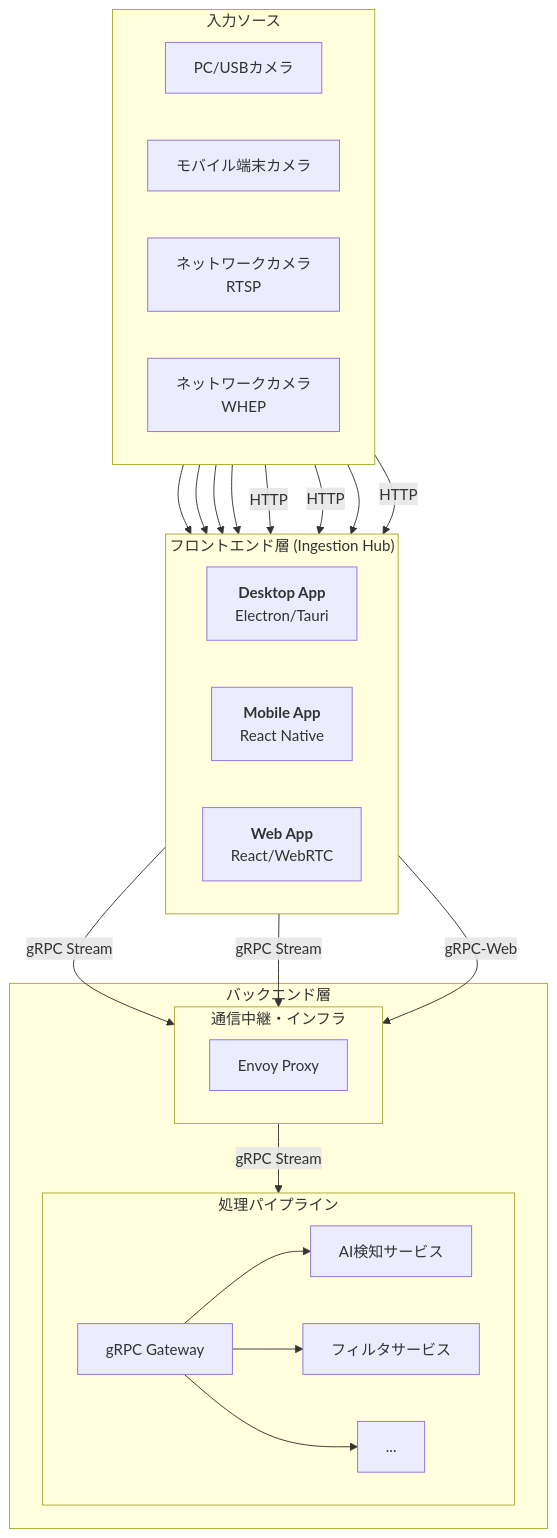
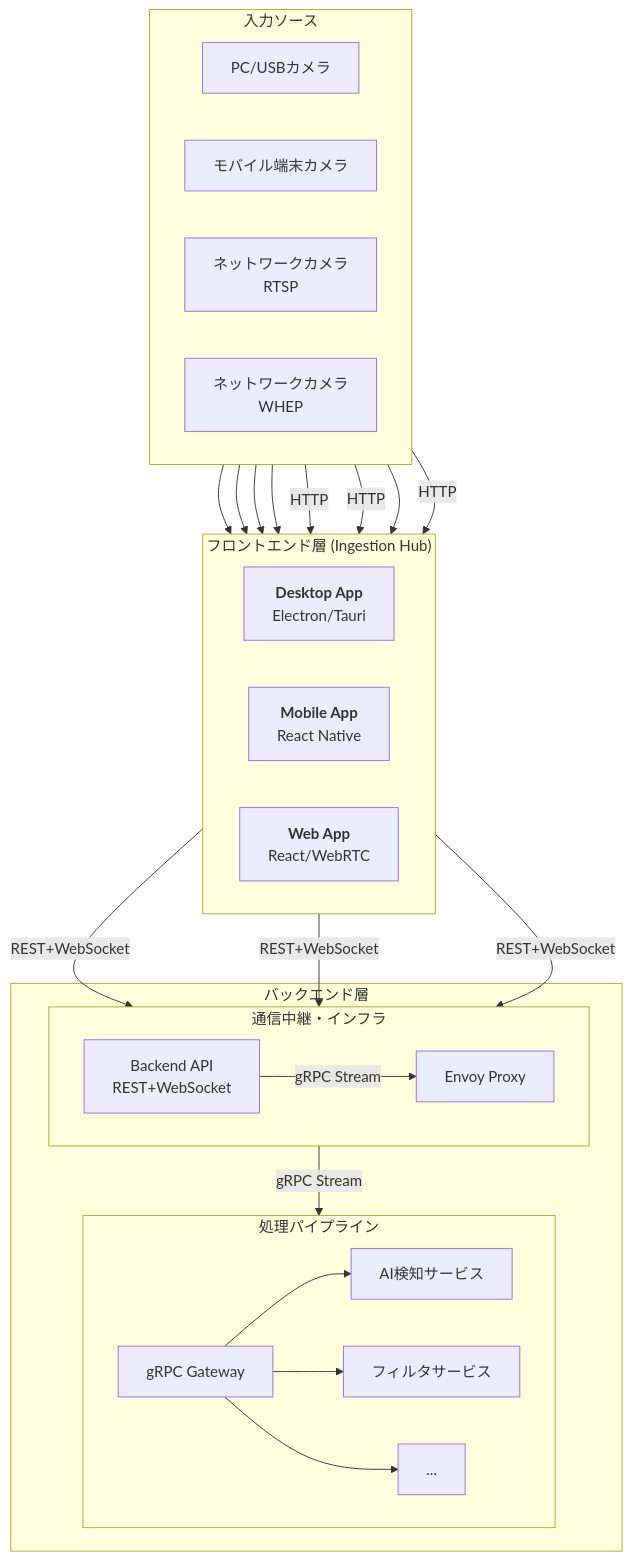
The diagram in docs/0300_設計_アプローチ1/0310_リアルタイム処理設計.md (daichiTAAA/ImageFlowCanvas), drawn with Mermaid before and after one commit. The commit also changed other lines of this file and 2 other files, not shown here.

Commit message:
Implement unified communication architecture across all design documents

````diff
--- a/docs/0300_設計_アプローチ1/0310_リアルタイム処理設計.md
+++ b/docs/0300_設計_アプローチ1/0310_リアルタイム処理設計.md
@@ -17,46 +17,48 @@
 ```mermaid
 flowchart TD
     subgraph "入力ソース"  
         direction LR  
         LocalCam[PC/USBカメラ]  
         MobileCam[モバイル端末カメラ]  
         RTSPCam[ネットワークカメラ<br/>RTSP]  
         WHEPCam[ネットワークカメラ<br/>WHEP]  
     end
 
     subgraph "フロントエンド層 (Ingestion Hub)"  
         direction LR  
         DesktopApp[<b>Desktop App</b><br/>Electron/Tauri]  
         MobileApp[<b>Mobile App</b><br/>React Native]  
         WebApp[<b>Web App</b><br/>React/WebRTC]  
     end
 
     subgraph "バックエンド層"  
         subgraph "通信中継・インフラ"  
             direction LR  
+            Backend[Backend API<br/>REST+WebSocket]
             Envoy[Envoy Proxy]  
         end  
         subgraph "処理パイプライン"  
             direction LR  
             gRPCGateway[gRPC Gateway]  
             AIService[AI検知サービス]  
             FilterService[フィルタサービス]  
             etc[...]  
         end  
     end
 
     %% Flows  
     LocalCam --> DesktopApp  
     MobileCam --> MobileApp  
     RTSPCam --> DesktopApp & MobileApp  
     WHEPCam -->|HTTP| DesktopApp & MobileApp  
     LocalCam --> WebApp  
     WHEPCam -->|HTTP| WebApp
 
-    DesktopApp -->|gRPC Stream| Envoy  
-    MobileApp -->|gRPC Stream| Envoy  
-    WebApp -->|gRPC-Web| Envoy  
+    DesktopApp -->|REST+WebSocket| Backend  
+    MobileApp -->|REST+WebSocket| Backend  
+    WebApp -->|REST+WebSocket| Backend  
       
+    Backend -->|gRPC Stream| Envoy
     Envoy -->|gRPC Stream| gRPCGateway  
     gRPCGateway --> AIService & FilterService & etc
 ```
````
